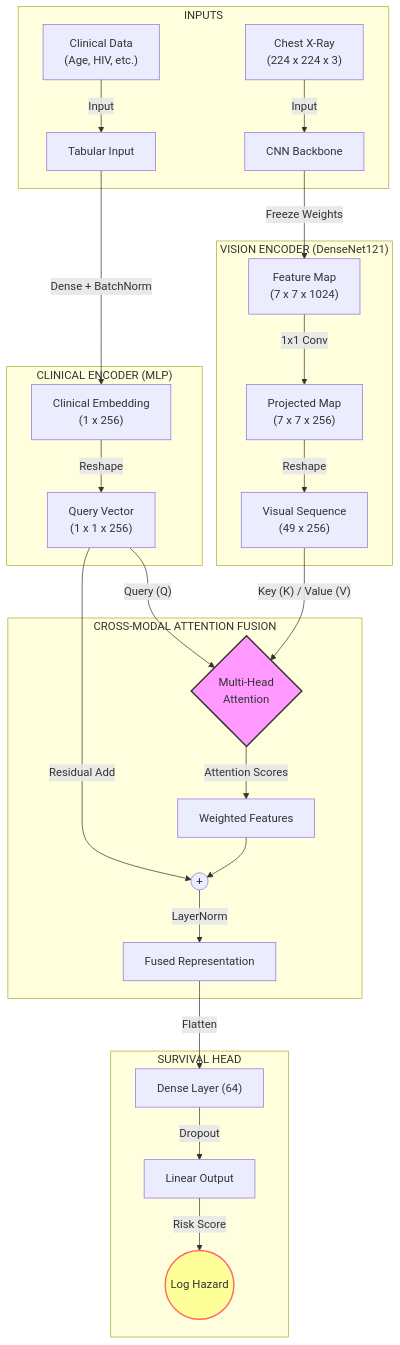
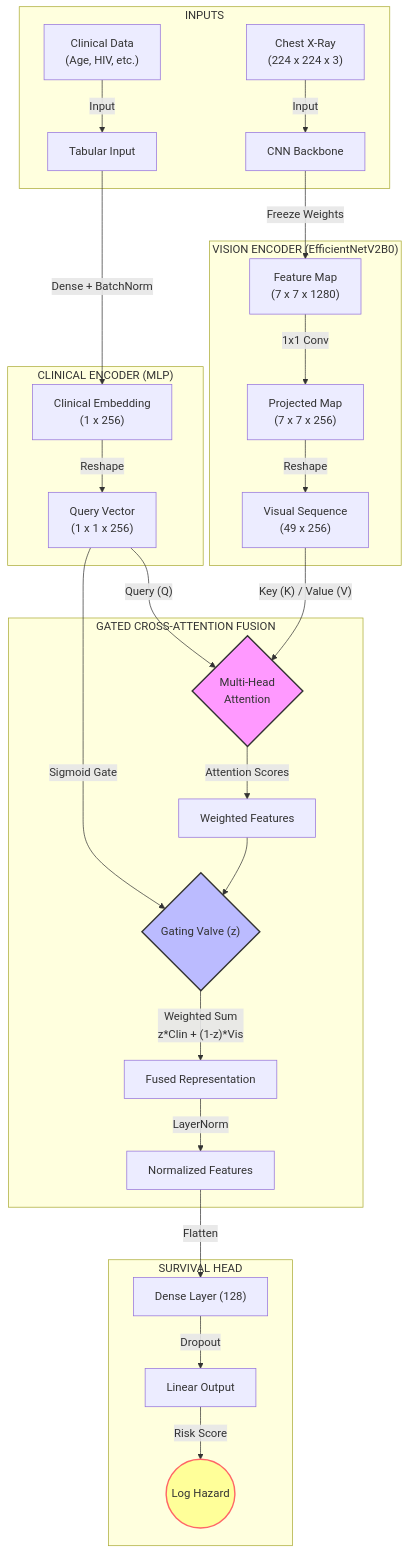
One commit to ikechukwuUE/tb-cxr-survival changed the diagram in README.md. Above: the diagram before and after it, drawn with Mermaid. The commit also changed other lines of this file, not shown here.

First line of the commit message:
Revise README with TBSurvivalNet V3 details

````diff
--- a/README.md
+++ b/README.md
@@ -20,36 +20,40 @@
 ```mermaid
 graph TD
     subgraph INPUTS
     A["Chest X-Ray<br/>(224 x 224 x 3)"] -->|Input| B
     C["Clinical Data<br/>(Age, HIV, etc.)"] -->|Input| D
     end
 
-    subgraph "VISION ENCODER (DenseNet121)"
-    B[CNN Backbone] -->|Freeze Weights| E["Feature Map<br/>(7 x 7 x 1024)"]
+    subgraph "VISION ENCODER (EfficientNetV2B0)"
+    B[CNN Backbone] -->|Freeze Weights| E["Feature Map<br/>(7 x 7 x 1280)"]
     E -->|1x1 Conv| F["Projected Map<br/>(7 x 7 x 256)"]
     F -->|Reshape| G["Visual Sequence<br/>(49 x 256)"]
     end
 
     subgraph "CLINICAL ENCODER (MLP)"
     D[Tabular Input] -->|"Dense + BatchNorm"| H["Clinical Embedding<br/>(1 x 256)"]
     H -->|Reshape| I["Query Vector<br/>(1 x 1 x 256)"]
     end
 
-    subgraph "CROSS-MODAL ATTENTION FUSION"
+    subgraph "GATED CROSS-ATTENTION FUSION"
     I -->|"Query (Q)"| J{"Multi-Head<br/>Attention"}
     G -->|"Key (K) / Value (V)"| J
     J -->|Attention Scores| K[Weighted Features]
-    I -->|"Residual Add"| L((+))
-    K --> L
-    L -->|LayerNorm| M[Fused Representation]
+    
+    I -->|Sigmoid Gate| Gate{"Gating Valve (z)"}
+    K --> Gate
+    Gate -->|"Weighted Sum<br/>z*Clin + (1-z)*Vis"| L[Fused Representation]
+    L -->|LayerNorm| M[Normalized Features]
     end
 
     subgraph "SURVIVAL HEAD"
-    M -->|Flatten| N["Dense Layer (64)"]
+    M -->|Flatten| N["Dense Layer (128)"]
     N -->|Dropout| O[Linear Output]
     O -->|"Risk Score"| P(("Log Hazard"))
     end
 
     style J fill:#f9f,stroke:#333,stroke-width:2px
+    style Gate fill:#bbf,stroke:#333,stroke-width:2px
     style P fill:#ff9,stroke:#f66,stroke-width:2px
+
 ```
````
